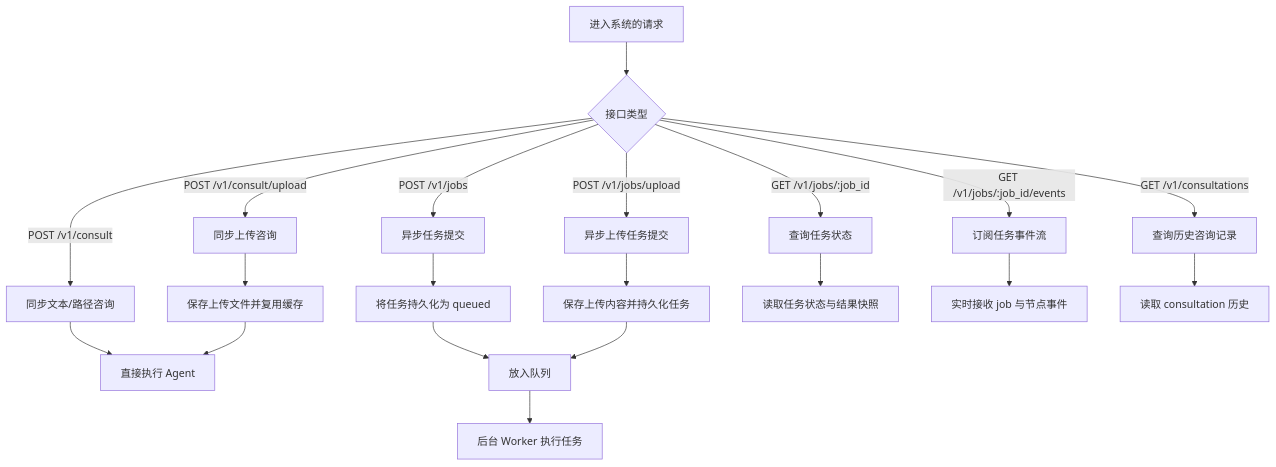
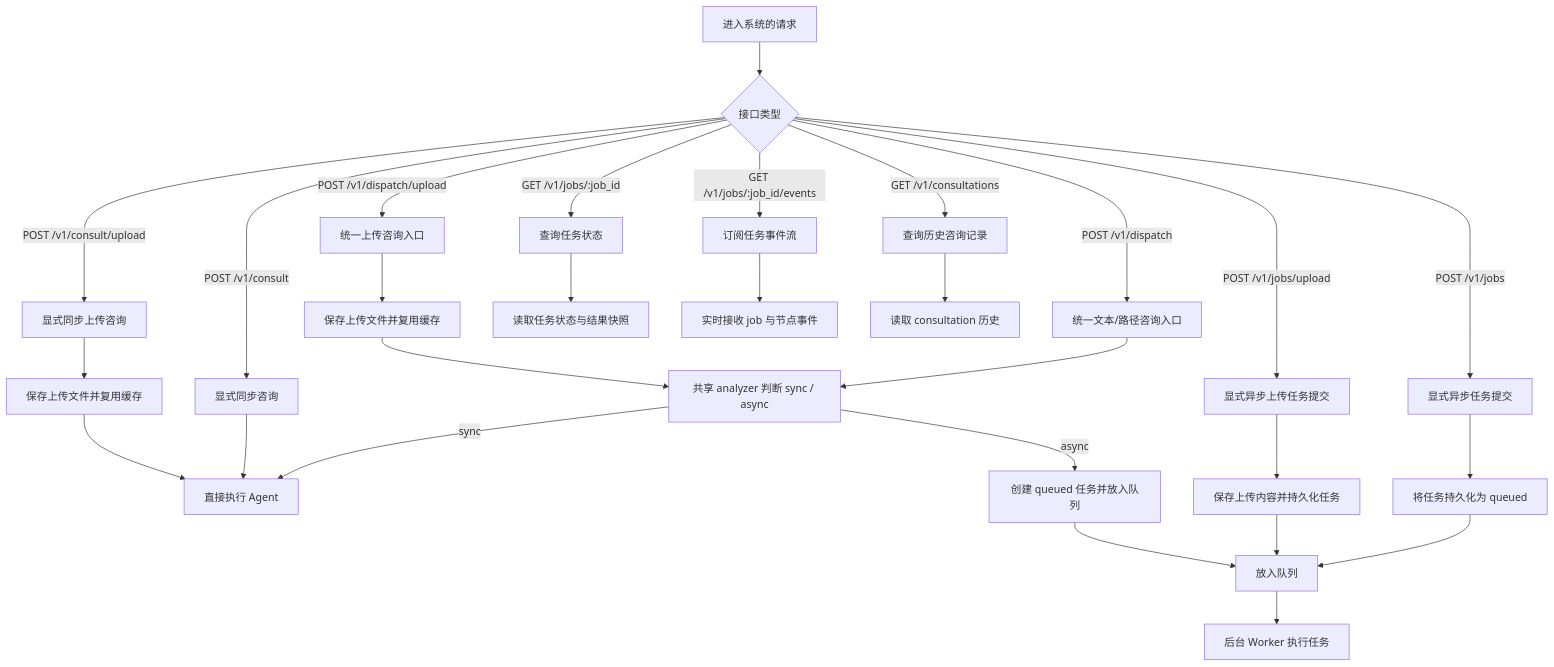
Before and after one commit to jiliguluhua/liver_rag: the second of 9 diagrams in docs/backend_architecture.md, drawn with Mermaid. The commit also changed other lines of this file, not shown here.

````diff
--- a/docs/backend_architecture.md
+++ b/docs/backend_architecture.md
@@ -30,25 +30,35 @@
 ```mermaid
 flowchart TD
     A[进入系统的请求] --> B{接口类型}
-    B -->|POST /v1/consult| C[同步文本/路径咨询]
-    B -->|POST /v1/consult/upload| D[同步上传咨询]
-    B -->|POST /v1/jobs| E[异步任务提交]
-    B -->|POST /v1/jobs/upload| F[异步上传任务提交]
-    B -->|GET /v1/jobs/:job_id| G[查询任务状态]
-    B -->|GET /v1/jobs/:job_id/events| H[订阅任务事件流]
-    B -->|GET /v1/consultations| I[查询历史咨询记录]
+    B -->|POST /v1/dispatch| C[统一文本/路径咨询入口]
+    B -->|POST /v1/dispatch/upload| D[统一上传咨询入口]
+    B -->|POST /v1/consult| E[显式同步咨询]
+    B -->|POST /v1/consult/upload| F[显式同步上传咨询]
+    B -->|POST /v1/jobs| G[显式异步任务提交]
+    B -->|POST /v1/jobs/upload| H[显式异步上传任务提交]
+    B -->|GET /v1/jobs/:job_id| I[查询任务状态]
+    B -->|GET /v1/jobs/:job_id/events| J[订阅任务事件流]
+    B -->|GET /v1/consultations| K[查询历史咨询记录]
 
-    C --> J[直接执行 Agent]
-    D --> K[保存上传文件并复用缓存]
-    K --> J
+    C --> L[共享 analyzer 判断 sync / async]
+    D --> M[保存上传文件并复用缓存]
+    M --> L
+    L -->|sync| N[直接执行 Agent]
+    L -->|async| O[创建 queued 任务并放入队列]
 
-    E --> L[将任务持久化为 queued]
-    F --> M[保存上传内容并持久化任务]
-    L --> N[放入队列]
-    M --> N
-    N --> O[后台 Worker 执行任务]
+    E --> N
+    F --> P[保存上传文件并复用缓存]
+    P --> N
 
-    G --> P[读取任务状态与结果快照]
-    H --> Q[实时接收 job 与节点事件]
-    I --> R[读取 consultation 历史]
+    G --> Q[将任务持久化为 queued]
+    H --> R[保存上传内容并持久化任务]
+    Q --> S[放入队列]
+    R --> S
+    O --> S
+    S --> T[后台 Worker 执行任务]
+
+    I --> U[读取任务状态与结果快照]
+    J --> V[实时接收 job 与节点事件]
+    K --> W[读取 consultation 历史]
+
 ```
````
